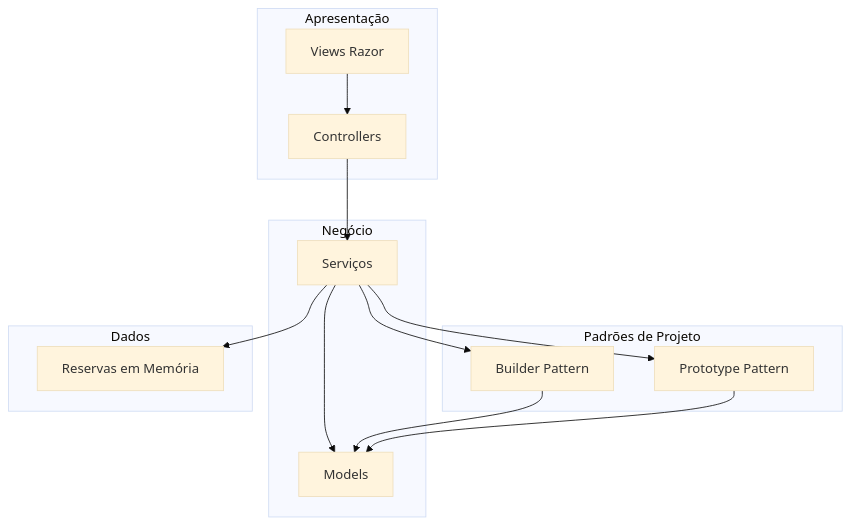
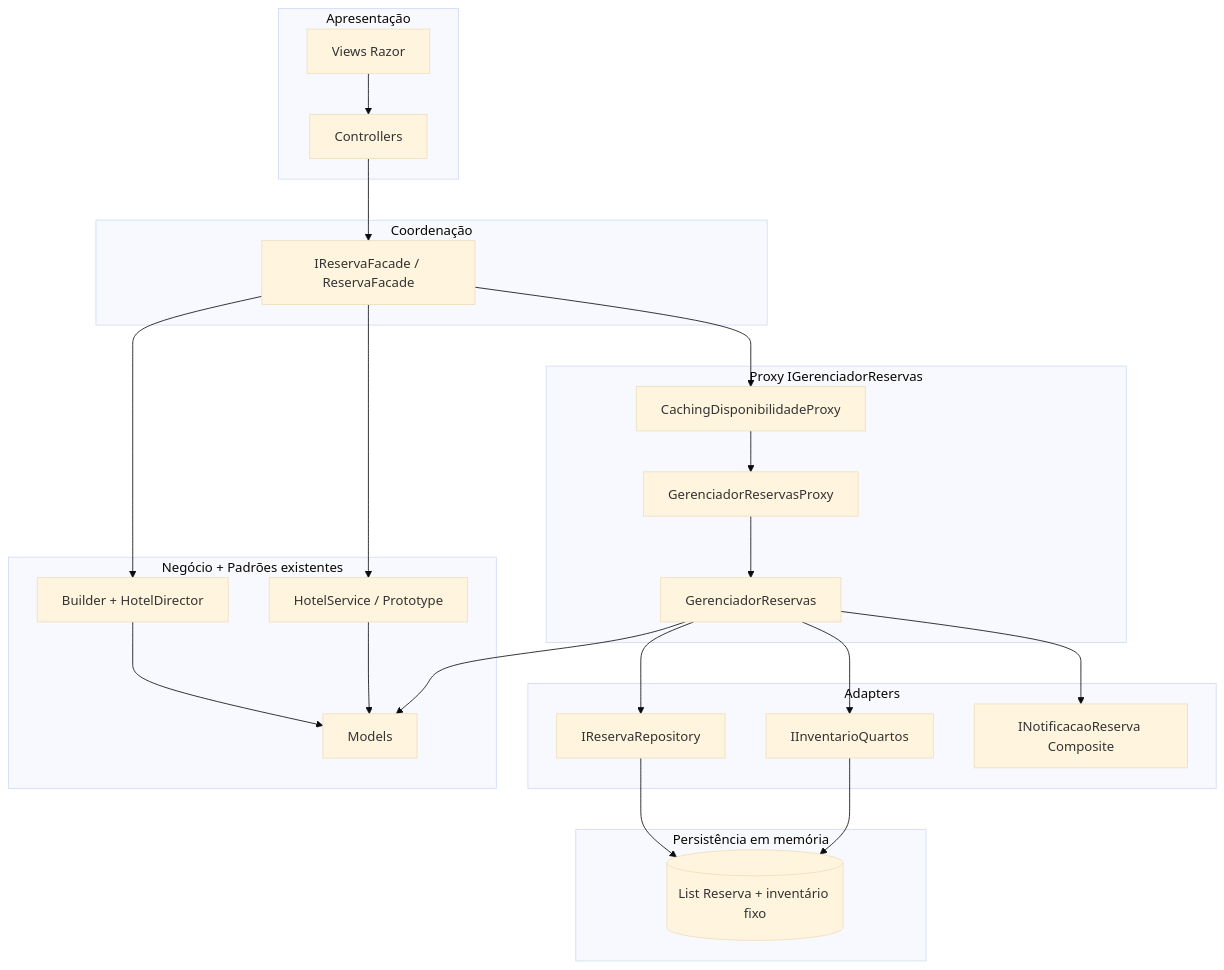
The eighth of 8 diagrams in diagrams.mermaid (AndreUSDrei/Hotelaria2.0), drawn with Mermaid (base theme) before and after one commit. The commit also changed other lines of this file and 20 other files, not shown here.

Commit message:
novos padrões de projeto, facade, adapter proxy

````diff
--- a/diagrams.mermaid
+++ b/diagrams.mermaid
@@ -327,30 +656,49 @@
 ```mermaid
 graph TB
     subgraph "Apresentação"
         V[Views Razor]
         C[Controllers]
     end
-    
-    subgraph "Negócio"
-        S[Serviços]
+
+    subgraph "Coordenação"
+        FAC[IReservaFacade / ReservaFacade]
+    end
+
+    subgraph "Proxy IGerenciadorReservas"
+        PX1[CachingDisponibilidadeProxy]
+        PX2[GerenciadorReservasProxy]
+        GR[GerenciadorReservas]
+    end
+
+    subgraph "Adapters"
+        REP[IReservaRepository]
+        INV[IInventarioQuartos]
+        NOT[INotificacaoReserva Composite]
+    end
+
+    subgraph "Negócio + Padrões existentes"
+        HS[HotelService / Prototype]
+        BD[Builder + HotelDirector]
         M[Models]
     end
-    
-    subgraph "Padrões de Projeto"
-        B[Builder Pattern]
-        P[Prototype Pattern]
+
+    subgraph "Persistência em memória"
+        MEM[(List Reserva + inventário fixo)]
     end
-    
-    subgraph "Dados"
-        R[Reservas em Memória]
-    end
-    
+
     V --> C
-    C --> S
-    S --> M
-    S --> B
-    S --> P
-    B --> M
-    P --> M
-    S --> R
+    C --> FAC
+    FAC --> PX1
+    PX1 --> PX2
+    PX2 --> GR
+    FAC --> HS
+    FAC --> BD
+    GR --> REP
+    GR --> INV
+    GR --> NOT
+    REP --> MEM
+    INV --> MEM
+    BD --> M
+    HS --> M
+    GR --> M
 ```
````
